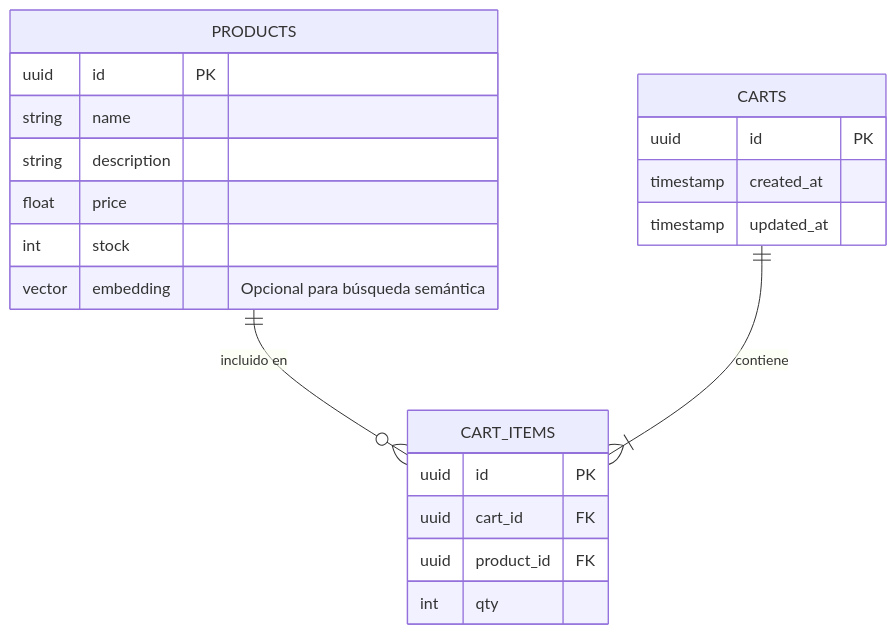
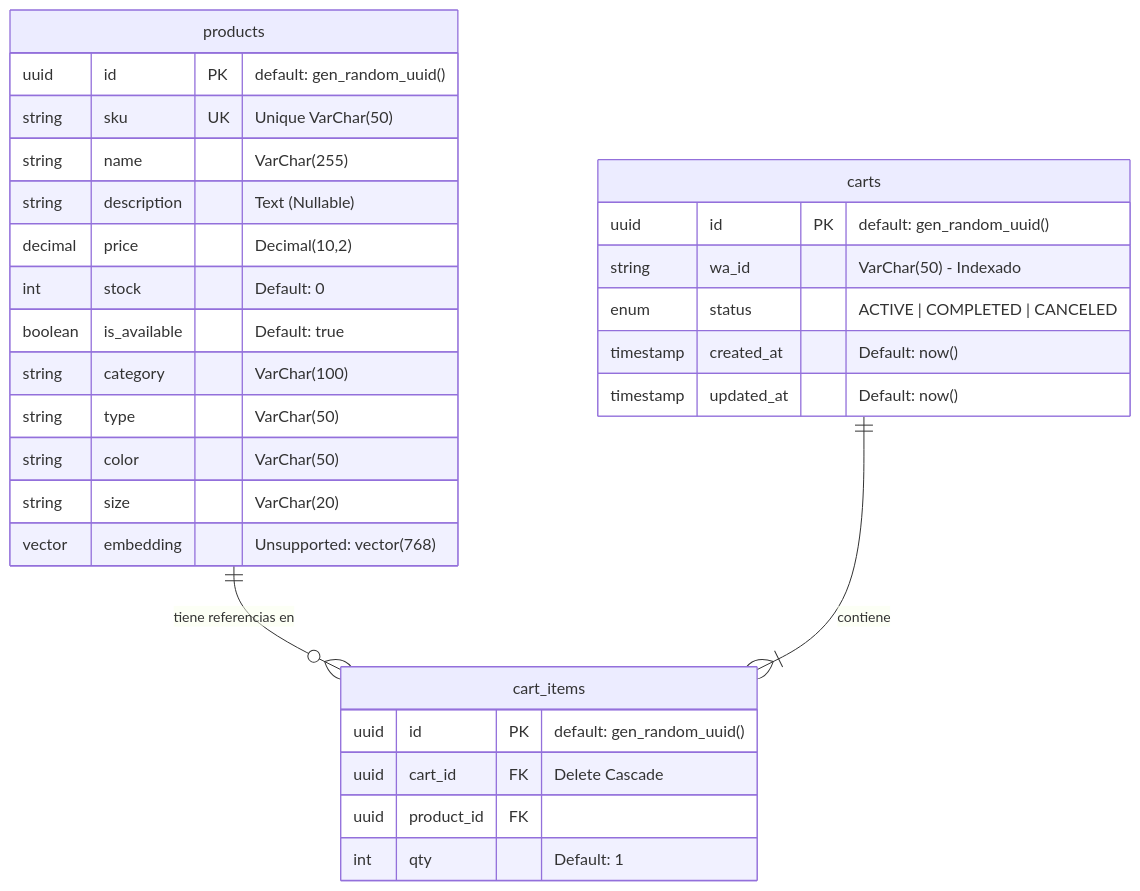
Before and after one commit to AFacundoOrtiz/laburen-ai-agent: the fourth of 4 diagrams in docs/DIAGRAMS.md, drawn with Mermaid. The commit also changed other lines of this file and 2 other files, not shown here.

Commit message:
docs: documentos README.md, DIAGRAMS.md y CONCEPTUAL_DESIGN.md actualizados

````diff
--- a/docs/DIAGRAMS.md
+++ b/docs/DIAGRAMS.md
@@ -103,27 +155,39 @@
 ```mermaid
 erDiagram
-    PRODUCTS ||--o{ CART_ITEMS : "incluido en"
-    CARTS ||--|{ CART_ITEMS : "contiene"
+    %% Definición de Relaciones
+    products ||--o{ cart_items : "tiene referencias en"
+    carts ||--|{ cart_items : "contiene"
 
-    PRODUCTS {
-        uuid id PK
-        string name
-        string description
-        float price
-        int stock
-        vector embedding "Opcional para búsqueda semántica"
+    %% Entidad PRODUCTO
+    products {
+        uuid id PK "default: gen_random_uuid()"
+        string sku UK "Unique VarChar(50)"
+        string name "VarChar(255)"
+        string description "Text (Nullable)"
+        decimal price "Decimal(10,2)"
+        int stock "Default: 0"
+        boolean is_available "Default: true"
+        string category "VarChar(100)"
+        string type "VarChar(50)"
+        string color "VarChar(50)"
+        string size "VarChar(20)"
+        vector embedding "Unsupported: vector(768)"
     }
 
-    CARTS {
-        uuid id PK
-        timestamp created_at
-        timestamp updated_at
+    %% Entidad CARRITO
+    carts {
+        uuid id PK "default: gen_random_uuid()"
+        string wa_id "VarChar(50) - Indexado"
+        enum status "ACTIVE | COMPLETED | CANCELED"
+        timestamp created_at "Default: now()"
+        timestamp updated_at "Default: now()"
     }
 
-    CART_ITEMS {
-        uuid id PK
-        uuid cart_id FK
+    %% Entidad ITEM DE CARRITO (Tabla Pivote)
+    cart_items {
+        uuid id PK "default: gen_random_uuid()"
+        uuid cart_id FK "Delete Cascade"
         uuid product_id FK
-        int qty
+        int qty "Default: 1"
     }
 ```
````
